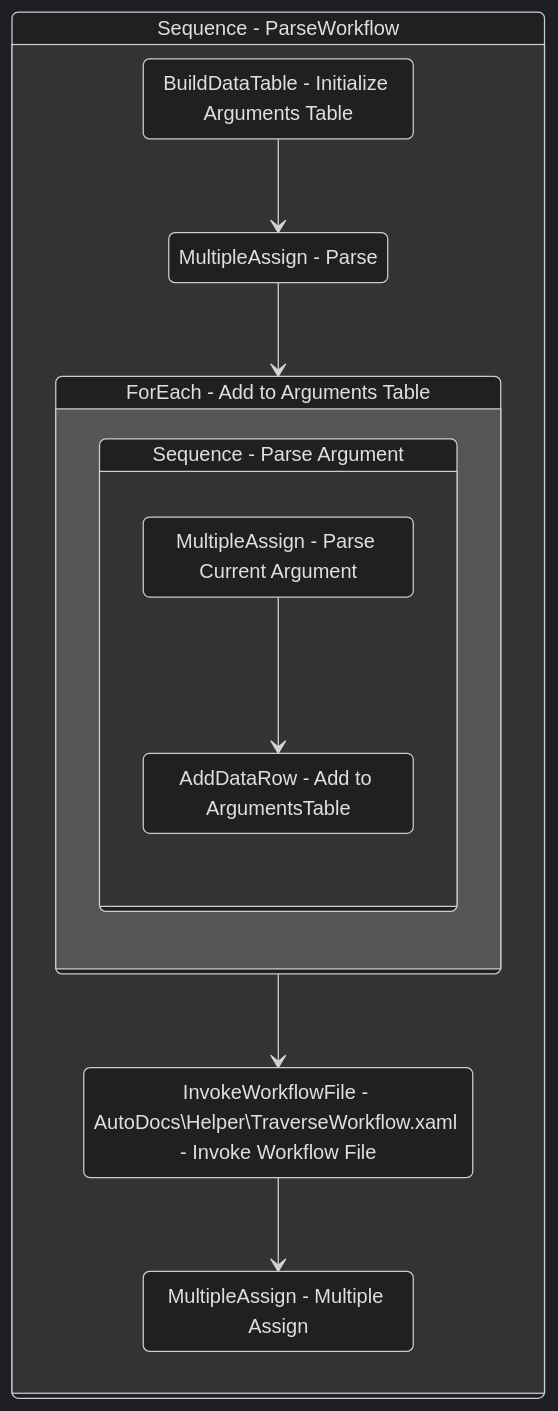
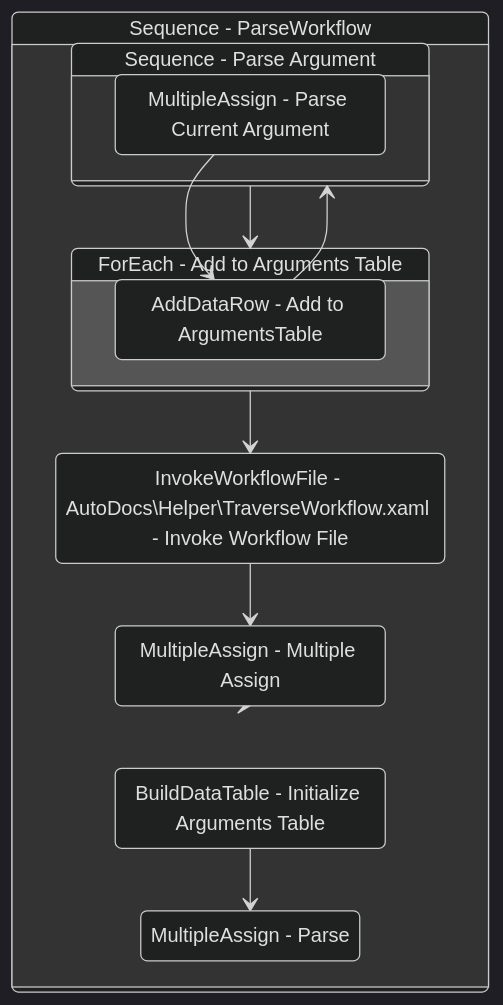
One commit to yashbrahmbhatt/LazyFramework changed the diagram in Documentation/AutoDocs/Helper/ParseWorkflow.md. Above: the diagram before and after it, drawn with Mermaid (dark theme). The commit also changed 83 other files, not shown here.

````diff
--- a/Documentation/AutoDocs/Helper/ParseWorkflow.md
+++ b/Documentation/AutoDocs/Helper/ParseWorkflow.md
@@ -165,29 +165,29 @@
 ```mermaid
 stateDiagram-v2
-
 
 Sequence_1: Sequence - ParseWorkflow
 state Sequence_1 {
 direction TB
 BuildDataTable_1 : BuildDataTable - Initialize Arguments Table
 MultipleAssign_1 : MultipleAssign - Parse
 BuildDataTable_1 --> MultipleAssign_1
-MultipleAssign_1 --> ForEach1_1
 ForEach1_1: ForEach - Add to Arguments Table
 state ForEach1_1 {
 direction TB
-
 Sequence_2: Sequence - Parse Argument
 state Sequence_2 {
 direction TB
 MultipleAssign_5 : MultipleAssign - Parse Current Argument
 AddDataRow_2 : AddDataRow - Add to ArgumentsTable
 MultipleAssign_5 --> AddDataRow_2
 }
+AddDataRow_2 --> Sequence_2
 }
+Sequence_2 --> ForEach1_1
 InvokeWorkflowFile_1 : InvokeWorkflowFile - AutoDocs\\Helper\\TraverseWorkflow.xaml - Invoke Workflow File
 ForEach1_1 --> InvokeWorkflowFile_1
 MultipleAssign_6 : MultipleAssign - Multiple Assign
 InvokeWorkflowFile_1 --> MultipleAssign_6
 }
+MultipleAssign_6 --> Sequence_1
 ```
````
